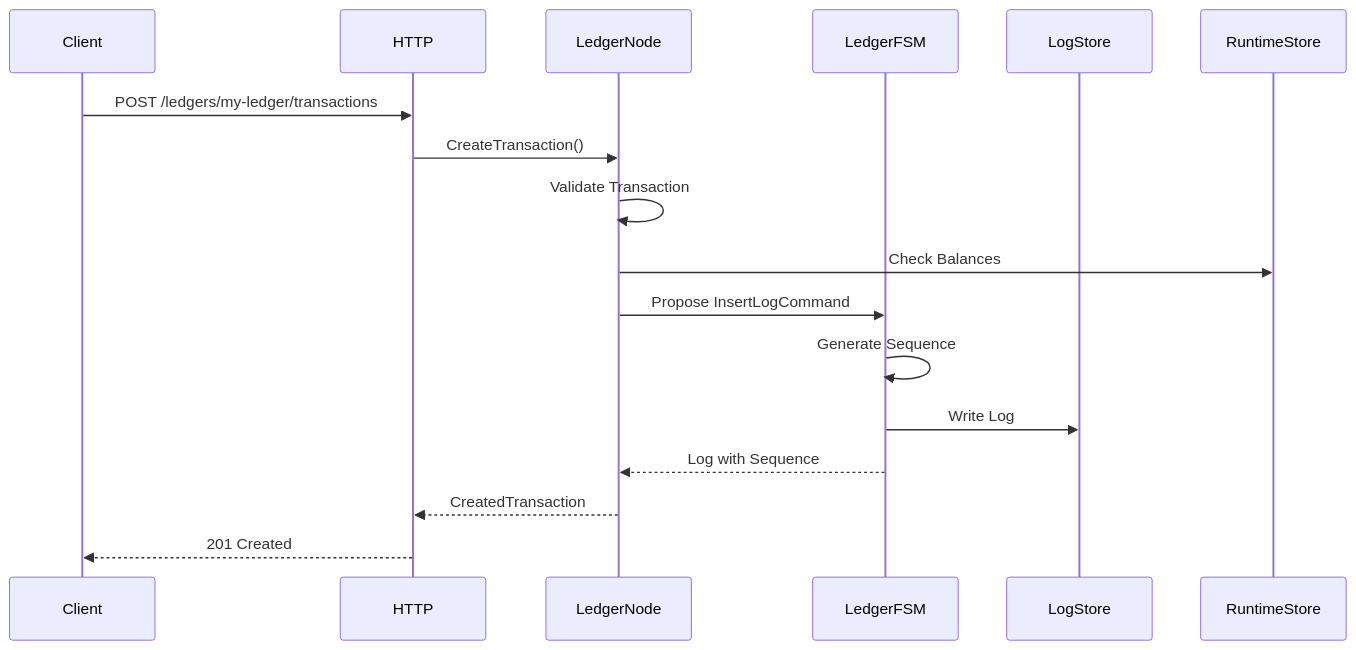
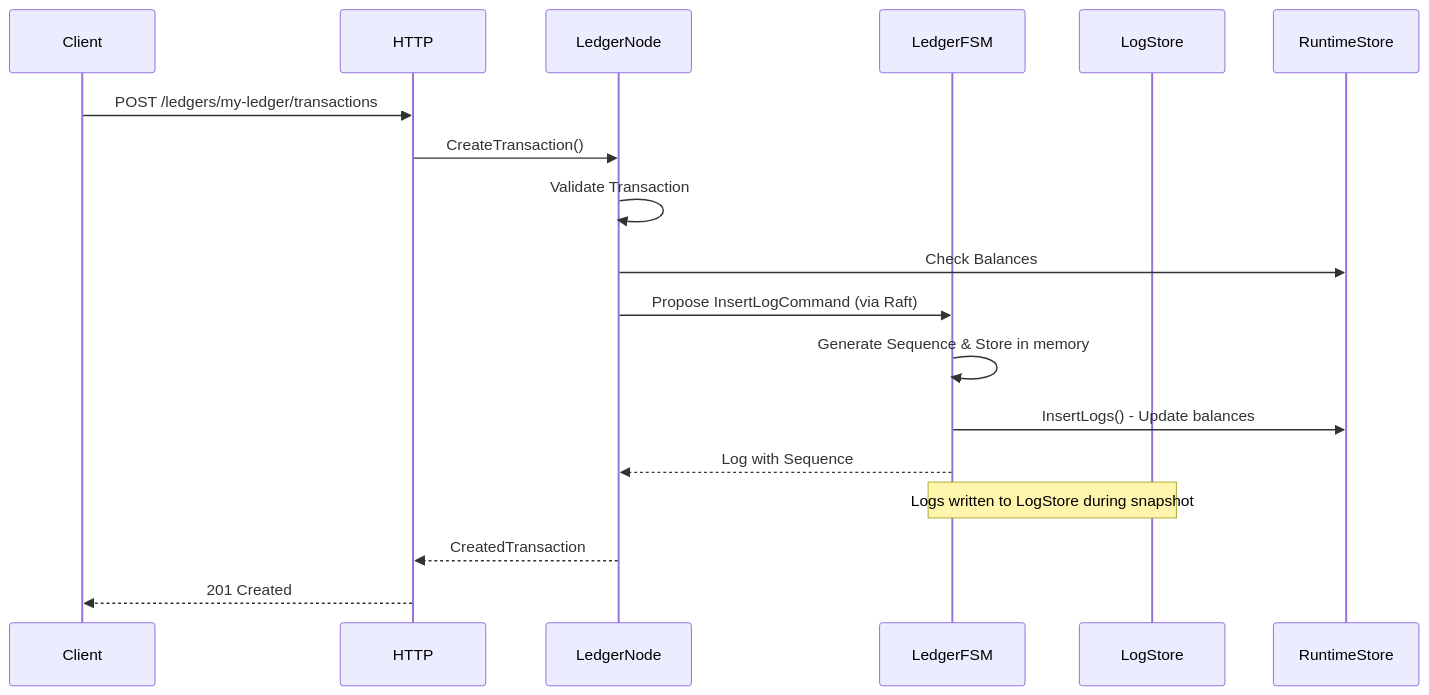
One commit to formancehq/ledger changed the third of 4 diagrams in docs/buckets-ledgers.md. Above: the diagram before and after it, drawn with Mermaid. The commit also changed other lines of this file and 13 other files, not shown here.

````diff
--- a/docs/buckets-ledgers.md
+++ b/docs/buckets-ledgers.md
@@ -173,20 +166,21 @@
 ```mermaid
 sequenceDiagram
     participant Client
     participant HTTP
     participant LedgerNode
     participant LedgerFSM
     participant LogStore
     participant RuntimeStore
     
     Client->>HTTP: POST /ledgers/my-ledger/transactions
     HTTP->>LedgerNode: CreateTransaction()
     LedgerNode->>LedgerNode: Validate Transaction
     LedgerNode->>RuntimeStore: Check Balances
-    LedgerNode->>LedgerFSM: Propose InsertLogCommand
-    LedgerFSM->>LedgerFSM: Generate Sequence
-    LedgerFSM->>LogStore: Write Log
+    LedgerNode->>LedgerFSM: Propose InsertLogCommand (via Raft)
+    LedgerFSM->>LedgerFSM: Generate Sequence & Store in memory
+    LedgerFSM->>RuntimeStore: InsertLogs() - Update balances
     LedgerFSM-->>LedgerNode: Log with Sequence
+    Note over LedgerFSM,LogStore: Logs written to LogStore during snapshot
     LedgerNode-->>HTTP: CreatedTransaction
     HTTP-->>Client: 201 Created
 ```
````
